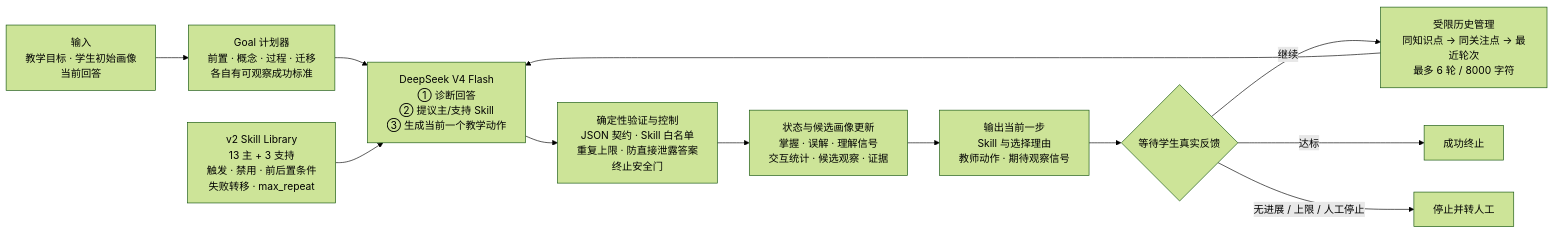
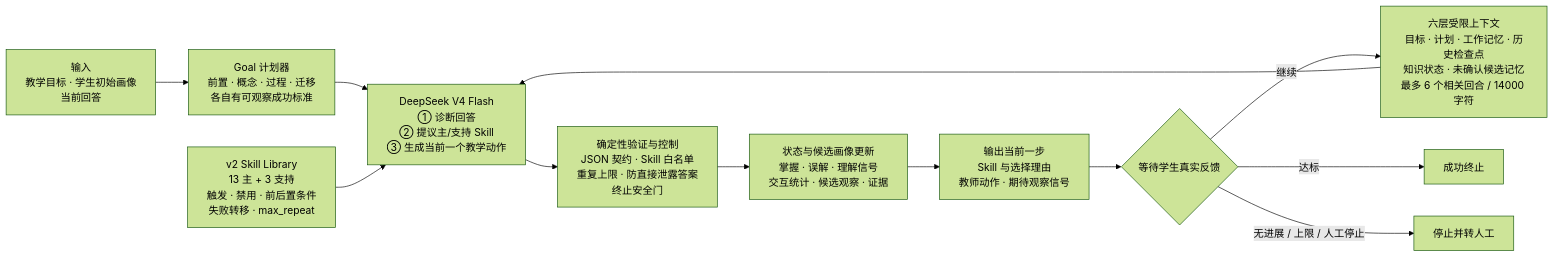
The diagram in docs/teacher_agent_task2.md (deafenken/multimodal-teaching-skill-miner), drawn with Mermaid (forest theme) before and after one commit. The commit also changed other lines of this file and 17 other files, not shown here.

````diff
--- a/docs/teacher_agent_task2.md
+++ b/docs/teacher_agent_task2.md
@@ -22,14 +22,14 @@
 ```mermaid
 flowchart LR
     A["输入<br/>教学目标 · 学生初始画像<br/>当前回答"] --> B["Goal 计划器<br/>前置 · 概念 · 过程 · 迁移<br/>各自有可观察成功标准"]
-    H["受限历史管理<br/>同知识点 → 同关注点 → 最近轮次<br/>最多 6 轮 / 8000 字符"] --> C
+    H["六层受限上下文<br/>目标 · 计划 · 工作记忆 · 历史检查点<br/>知识状态 · 未确认候选记忆<br/>最多 6 个相关回合 / 14000 字符"] --> C
     B --> C["DeepSeek V4 Flash<br/>① 诊断回答<br/>② 提议主/支持 Skill<br/>③ 生成当前一个教学动作"]
     L["v2 Skill Library<br/>13 主 + 3 支持<br/>触发 · 禁用 · 前后置条件<br/>失败转移 · max_repeat"] --> C
     C --> V["确定性验证与控制<br/>JSON 契约 · Skill 白名单<br/>重复上限 · 防直接泄露答案<br/>终止安全门"]
     V --> S["状态与候选画像更新<br/>掌握 · 误解 · 理解信号<br/>交互统计 · 候选观察 · 证据"]
     S --> O["输出当前一步<br/>Skill 与选择理由<br/>教师动作 · 期待观察信号"]
     O --> R{"等待学生真实反馈"}
     R -->|"继续"| H
     R -->|"达标"| T1["成功终止"]
     R -->|"无进展 / 上限 / 人工停止"| T2["停止并转人工"]
 ```
````
